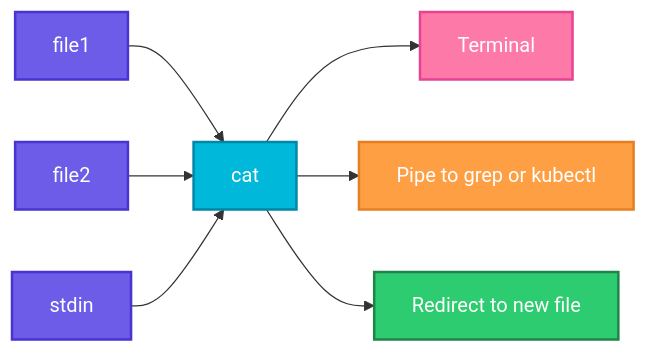
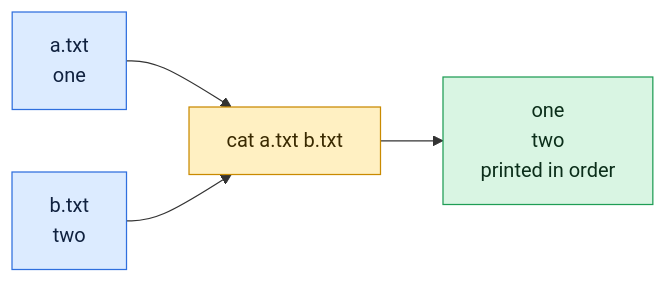
One commit to codeKerdosTech/DevOps-Documentation changed the diagram in linux/file-management/cat.md. Above: the diagram before and after it, drawn with Mermaid. The commit also changed other lines of this file and 165 other files, not shown here.

Commit message:
updated diagrams in linux

````diff
--- a/linux/file-management/cat.md
+++ b/linux/file-management/cat.md
@@ -14,21 +14,14 @@
 ```mermaid
 flowchart LR
-    A[file1] --> D[cat]
-    B[file2] --> D
-    C[stdin] --> D
-    D --> E[Terminal]
-    D --> F[Pipe to grep or kubectl]
-    D --> G[Redirect to new file]
-    classDef start fill:#6C5CE7,stroke:#4834D4,stroke-width:2px,color:#fff
-    classDef proc fill:#00B8D9,stroke:#0087A8,stroke-width:2px,color:#fff
-    classDef dec fill:#FFC312,stroke:#E1A100,stroke-width:2px,color:#222
-    classDef ok fill:#2ECC71,stroke:#1E8449,stroke-width:2px,color:#fff
-    classDef err fill:#FF4757,stroke:#C0392B,stroke-width:2px,color:#fff
-    classDef out fill:#FD79A8,stroke:#E84393,stroke-width:2px,color:#fff
-    classDef alt fill:#FF9F43,stroke:#E67E22,stroke-width:2px,color:#fff
-    class A,B,C start
-    class D proc
-    class E out
-    class F alt
-    class G ok
+    i1[a.txt<br/>one] --> c1[cat a.txt b.txt]
+    i2[b.txt<br/>two] --> c1
+    c1 --> o1[one<br/>two<br/>printed in order]
+    classDef inp fill:#DCEBFF,stroke:#2F6FDE,color:#10213F
+    classDef cmd fill:#FFF0C2,stroke:#C98A00,color:#3A2A00
+    classDef out fill:#D9F5E3,stroke:#1F9D55,color:#0B2E1A
+    classDef bad fill:#FDE0E0,stroke:#D13B3B,color:#4A0F0F
+    classDef note fill:#ECEFF3,stroke:#7B8794,color:#1F2933
+    class i1,i2 inp
+    class c1 cmd
+    class o1 out
 ```
````
